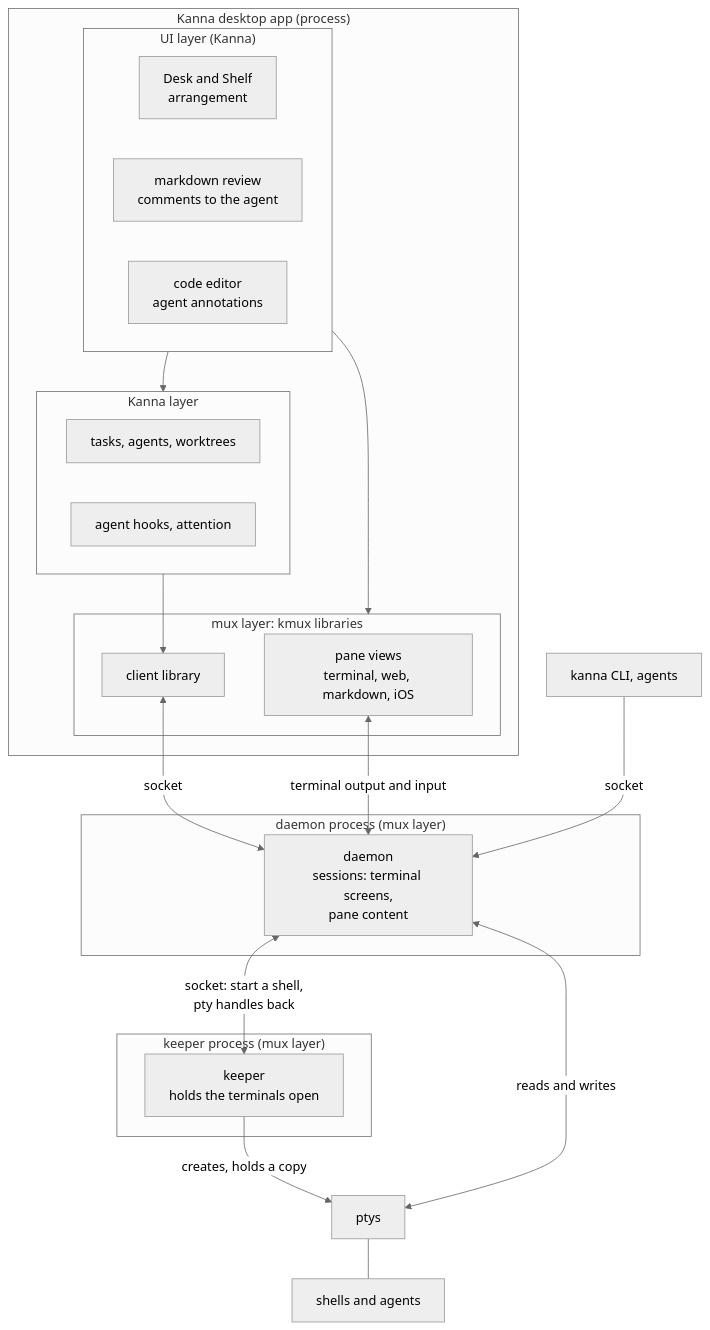
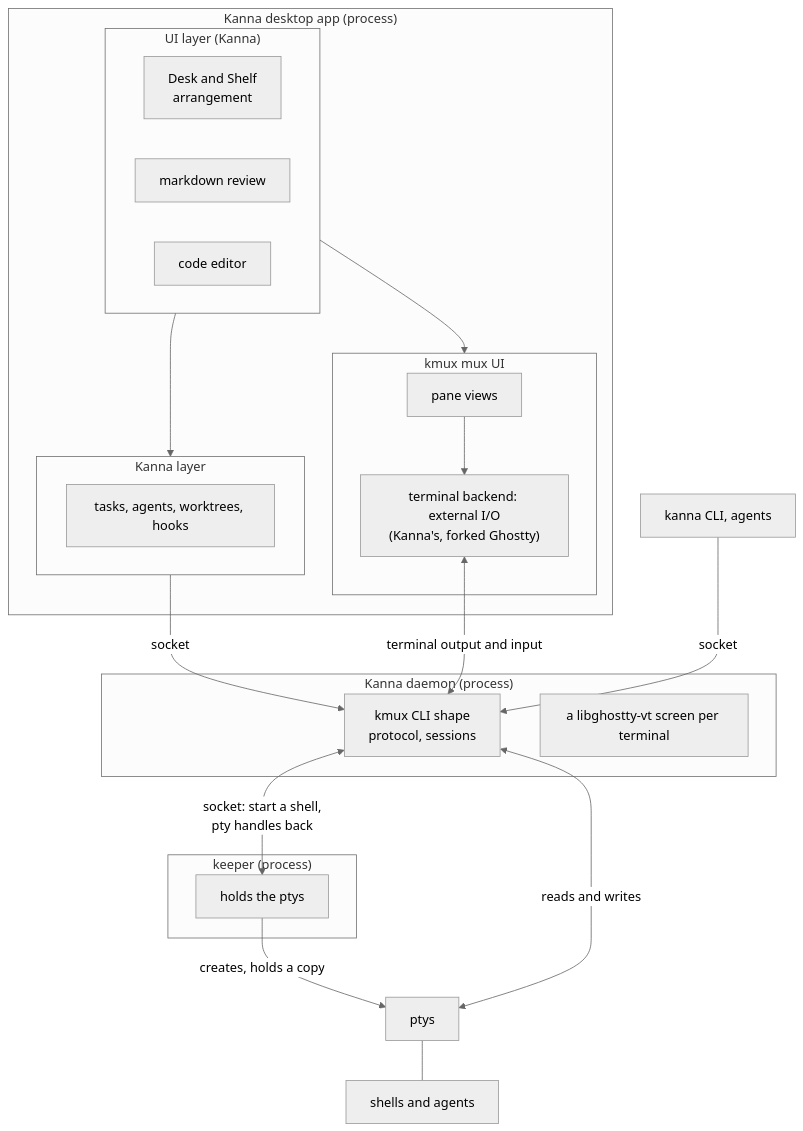
Before and after one commit to jemdiggity/kanna-v4: the second of 9 diagrams in docs/research/mux-architecture.md, drawn with Mermaid (neutral theme). The commit also changed other lines of this file, not shown here.

Commit message:
Mux architecture: kmux stays an app with libraries; Kanna owns the daemon and keeper, built on kmux's CLI shape and mux UI

````diff
--- a/docs/research/mux-architecture.md
+++ b/docs/research/mux-architecture.md
@@ -40,37 +69,37 @@
 ```mermaid
 flowchart TB
     subgraph APP["Kanna desktop app (process)"]
         subgraph L1["UI layer (Kanna)"]
             DESK["Desk and Shelf<br/>arrangement"]
-            REVIEW["markdown review<br/>comments to the agent"]
-            EDIT["code editor<br/>agent annotations"]
+            REVIEW["markdown review"]
+            EDIT["code editor"]
         end
         subgraph L2["Kanna layer"]
-            TASKS["tasks, agents, worktrees"]
-            HOOKS["agent hooks, attention"]
+            TASKS["tasks, agents, worktrees, hooks"]
         end
-        subgraph L3["mux layer: kmux libraries"]
-            PANES["pane views<br/>terminal, web, markdown, iOS"]
-            CLIENT["client library"]
+        subgraph L3["kmux mux UI"]
+            PANES["pane views"]
+            EXT["terminal backend: external I/O<br/>(Kanna's, forked Ghostty)"]
         end
         L1 --> L2
         L1 --> L3
-        L2 --> CLIENT
+        PANES --> EXT
     end
-    subgraph DP["daemon process (mux layer)"]
-        DAEMON["daemon<br/>sessions: terminal screens,<br/>pane content"]
+    subgraph DP["Kanna daemon (process)"]
+        CORE["kmux CLI shape<br/>protocol, sessions"]
+        VT["a libghostty-vt screen per terminal"]
     end
-    subgraph KP["keeper process (mux layer)"]
-        KEEPER["keeper<br/>holds the terminals open"]
+    subgraph KP["keeper (process)"]
+        KEEPER["holds the ptys"]
     end
     CLI["kanna CLI, agents"]
     PTY["ptys"]
-    SHELL["shells and agents"]
-    CLIENT <-->|"socket"| DAEMON
-    PANES <-->|"terminal output and input"| DAEMON
-    CLI -->|"socket"| DAEMON
-    DAEMON <-->|"socket: start a shell,<br/>pty handles back"| KEEPER
+    SH["shells and agents"]
+    L2 -->|"socket"| CORE
+    EXT <-->|"terminal output and input"| CORE
+    CLI -->|"socket"| CORE
+    CORE <-->|"socket: start a shell,<br/>pty handles back"| KEEPER
     KEEPER -->|"creates, holds a copy"| PTY
-    DAEMON <-->|"reads and writes"| PTY
-    PTY --- SHELL
+    CORE <-->|"reads and writes"| PTY
+    PTY --- SH
 ```
````
